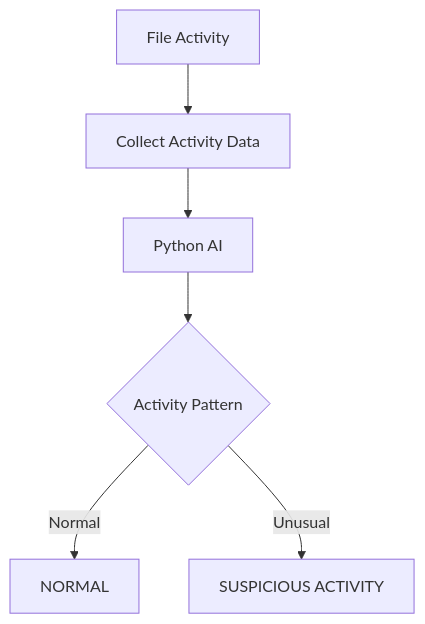
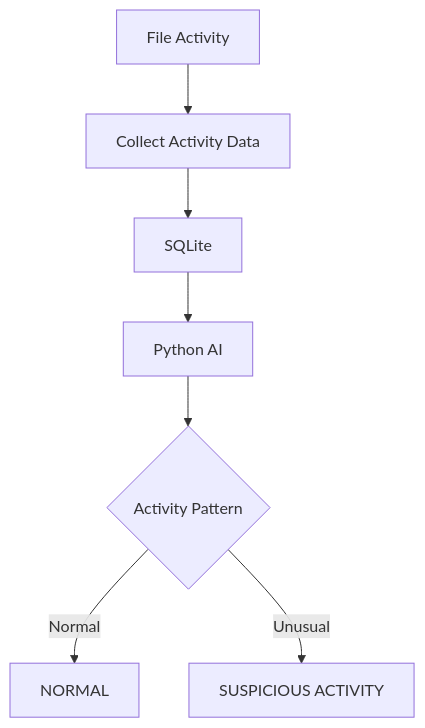
Before and after one commit to khushi10-coder/OS-PROJECT: the ninth of 13 diagrams in README.md, drawn with Mermaid. The commit also changed other lines of this file, not shown here.

````diff
--- a/README.md
+++ b/README.md
@@ -322,9 +484,11 @@
 ```mermaid
 flowchart TD
     A["File Activity"] --> B["Collect Activity Data"]
-    B --> C["Python AI"]
-    C --> D{"Activity Pattern"}
+    B --> C["SQLite"]
+    C --> D["Python AI"]
 
-    D -->|Normal| E["NORMAL"]
-    D -->|Unusual| F["SUSPICIOUS ACTIVITY"]
+    D --> E{"Activity Pattern"}
+
+    E -->|Normal| F["NORMAL"]
+    E -->|Unusual| G["SUSPICIOUS ACTIVITY"]
 ```
````
